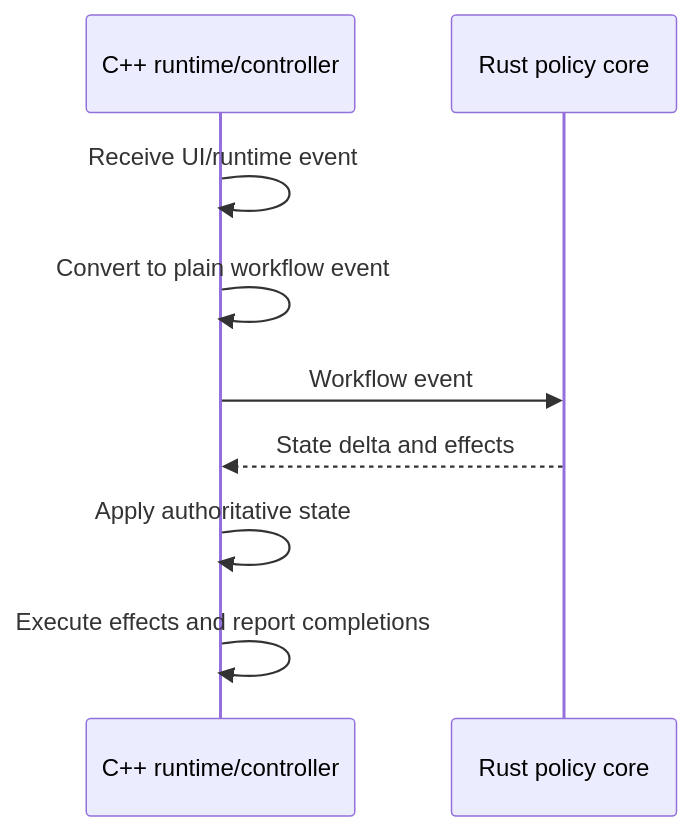
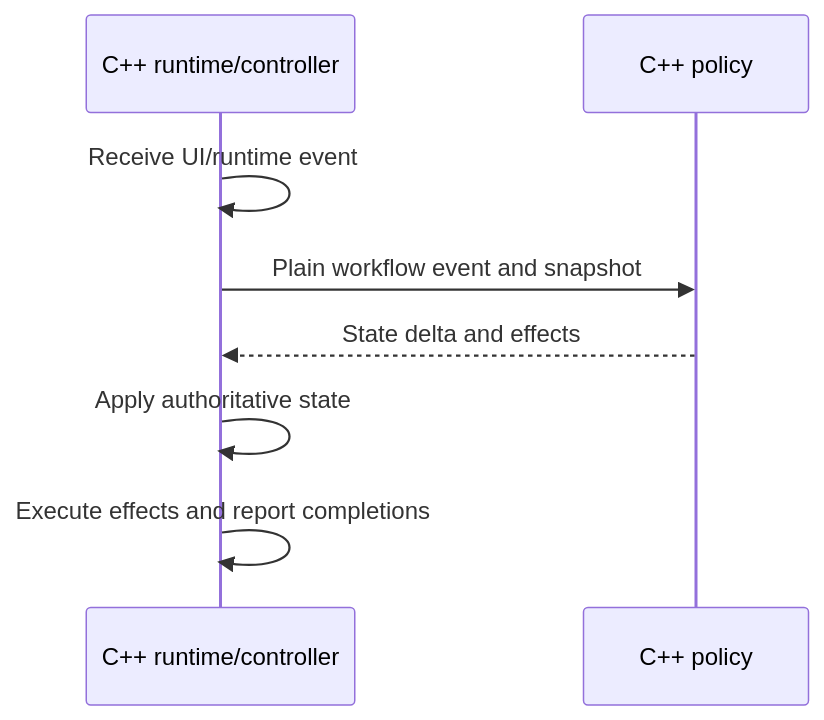
Before and after one commit to hnjae/kiriview: the diagram in app/docs/architecture/workflow-shape.md, drawn with Mermaid. The commit also changed other lines of this file and 26 other files, not shown here.

````diff
--- a/app/docs/architecture/workflow-shape.md
+++ b/app/docs/architecture/workflow-shape.md
@@ -9,12 +9,11 @@
 ```mermaid
 sequenceDiagram
-    participant Cpp as C++ runtime/controller
-    participant Rust as Rust policy core
+    participant Runtime as C++ runtime/controller
+    participant Policy as C++ policy
 
-    Cpp->>Cpp: Receive UI/runtime event
-    Cpp->>Cpp: Convert to plain workflow event
-    Cpp->>Rust: Workflow event
-    Rust-->>Cpp: State delta and effects
-    Cpp->>Cpp: Apply authoritative state
-    Cpp->>Cpp: Execute effects and report completions
+    Runtime->>Runtime: Receive UI/runtime event
+    Runtime->>Policy: Plain workflow event and snapshot
+    Policy-->>Runtime: State delta and effects
+    Runtime->>Runtime: Apply authoritative state
+    Runtime->>Runtime: Execute effects and report completions
 ```
````
